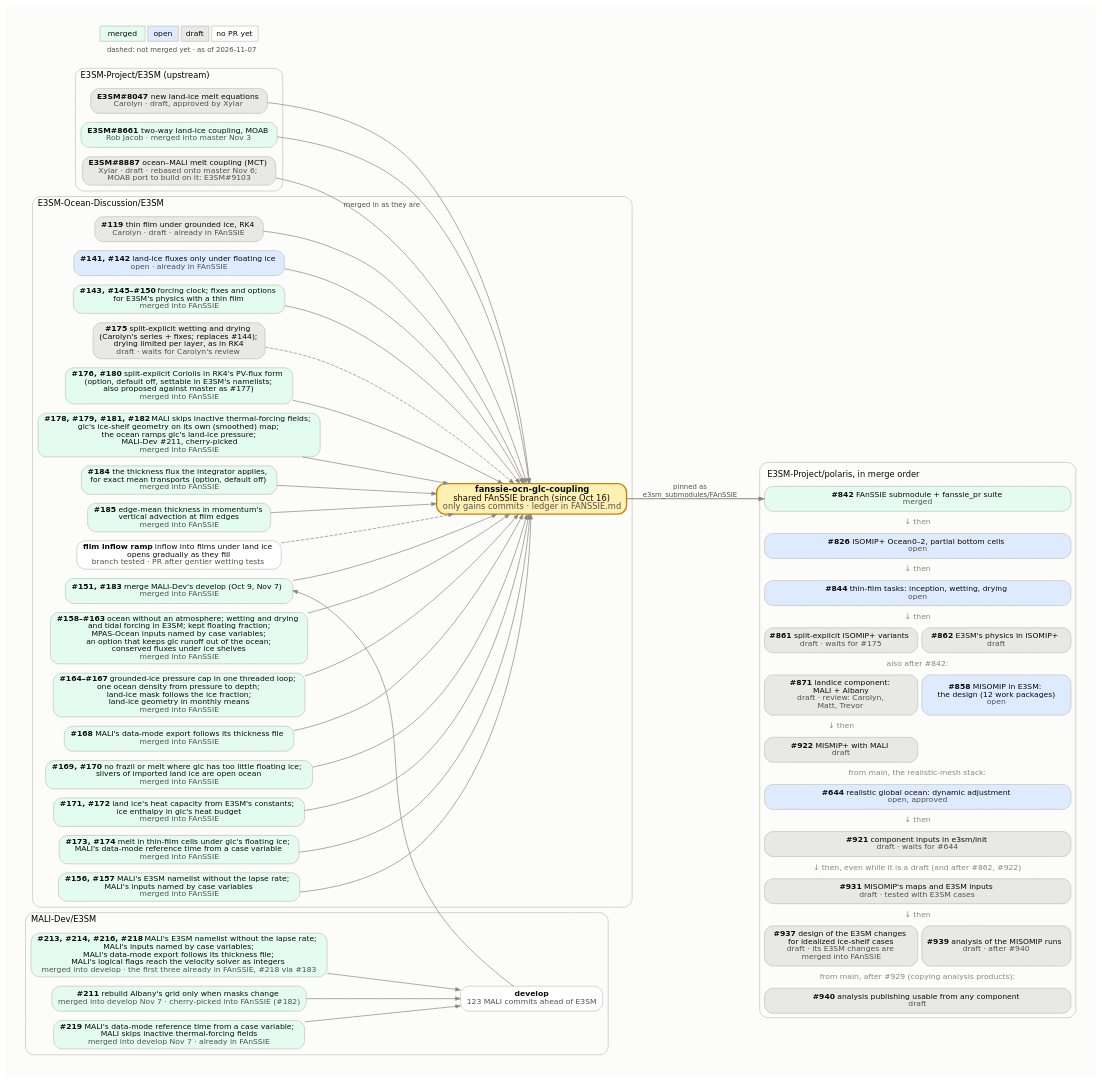
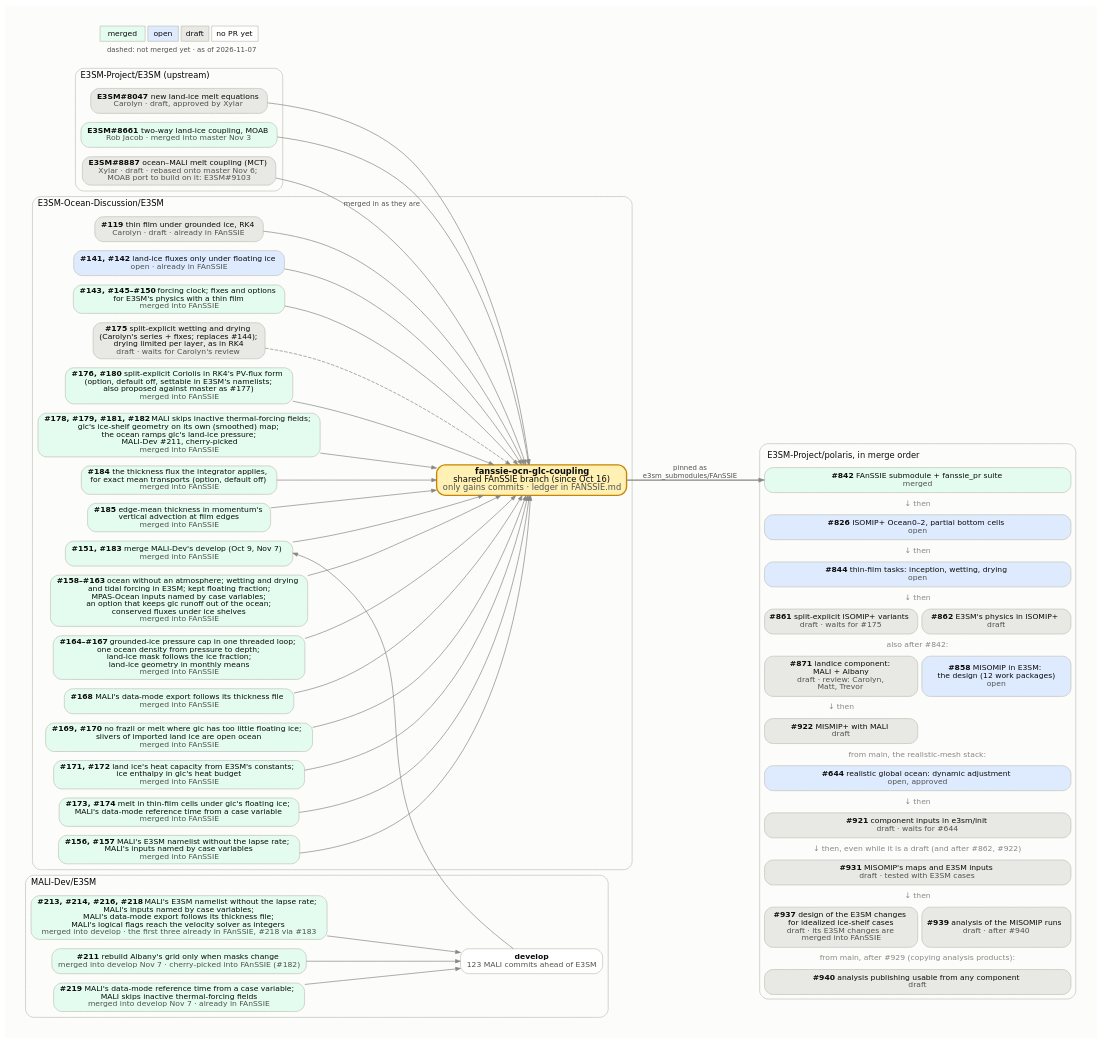
The diagram in docs/design_docs/misomip/code_flow.dot (E3SM-Project/polaris), drawn with Graphviz before and after one commit. The commit also changed 3 other files, not shown here.

```diff
--- a/docs/design_docs/misomip/code_flow.dot
+++ b/docs/design_docs/misomip/code_flow.dot
@@ -1,127 +1,125 @@
 // How the upstream E3SM PRs, the E3SM-Ocean-Discussion PRs, the
 // fanssie-ocn-glc-coupling branch and the Polaris PRs fit together.
 //
 // Regenerate with Graphviz 14 (Chrysalis's /usr/bin/dot 2.40 lays it out
 // wider), with the text drawn as paths so it looks the same everywhere:
 //
 //     pixi exec -s graphviz dot -Tsvg:cairo code_flow.dot -o code_flow.svg
 //
 // Fill by state: merged #e3fcef, open #deebff, draft #e8e8e4, no PR yet
 // #ffffff. Dashed edges into the FAnSSIE branch mark PRs not merged into it
 // yet. The Polaris side is one HTML-table node, in merge order, because
 // Graphviz would not keep separate boxes in that order. Update the date in
 // the legend.
 digraph fanssie {
   rankdir=LR;
   bgcolor="#fcfcfb";
   pad=0.3;
   nodesep=0.18;
   ranksep=0.7;
   fontname="DejaVu Sans";
   node [shape=box, style="rounded,filled", fontname="DejaVu Sans",
         fontsize=11, color="#c3c2b7", fontcolor="#0b0b0b", penwidth=1,
         margin="0.12,0.06"];
   edge [color="#898781", arrowsize=0.7, fontname="DejaVu Sans",
         fontsize=10, fontcolor="#52514e"];
 
   subgraph cluster_upstream {
     label="E3SM-Project/E3SM (upstream)";
     labeljust=l; fontsize=12; color="#c3c2b7"; style="rounded";
     e8047 [label=<<b>E3SM#8047</b>  new land-ice melt equations<br/><font color="#52514e">Carolyn · draft, approved by Xylar</font>>, fillcolor="#e8e8e4"];
     e8661 [label=<<b>E3SM#8661</b>  two-way land-ice coupling, MOAB<br/><font color="#52514e">Rob Jacob · merged into master Nov 3</font>>, fillcolor="#e3fcef"];
     e8887 [label=<<b>E3SM#8887</b>  ocean–MALI melt coupling (MCT)<br/><font color="#52514e">Xylar · draft · rebased onto master Nov 6;<br/>MOAB port to build on it: E3SM#9103</font>>, fillcolor="#e8e8e4"];
   }
 
   subgraph cluster_malidev {
     label="MALI-Dev/E3SM";
     labeljust=l; fontsize=12; color="#c3c2b7"; style="rounded";
     malidev [label=<<b>develop</b><br/><font color="#52514e">123 MALI commits ahead of E3SM</font>>, fillcolor="#ffffff"];
     m213 [label=<<b>#213, #214, #216, #218</b>  MALI's E3SM namelist without the lapse rate;<br/>MALI's inputs named by case variables;<br/>MALI's data-mode export follows its thickness file;<br/>MALI's logical flags reach the velocity solver as integers<br/><font color="#52514e">merged into develop · the first three already in FAnSSIE, #218 via #183</font>>, fillcolor="#e3fcef"];
     m211 [label=<<b>#211</b>  rebuild Albany's grid only when masks change<br/><font color="#52514e">merged into develop Nov 7 · cherry-picked into FAnSSIE (#182)</font>>, fillcolor="#e3fcef"];
     m219 [label=<<b>#219</b>  MALI's data-mode reference time from a case variable;<br/>MALI skips inactive thermal-forcing fields<br/><font color="#52514e">merged into develop Nov 7 · already in FAnSSIE</font>>, fillcolor="#e3fcef"];
   }
 
   subgraph cluster_eod {
     label="E3SM-Ocean-Discussion/E3SM";
     labeljust=l; fontsize=12; color="#c3c2b7"; style="rounded";
     d119 [label=<<b>#119</b>  thin film under grounded ice, RK4<br/><font color="#52514e">Carolyn · draft · already in FAnSSIE</font>>, fillcolor="#e8e8e4"];
     d141 [label=<<b>#141, #142</b>  land-ice fluxes only under floating ice<br/><font color="#52514e">open · already in FAnSSIE</font>>, fillcolor="#deebff"];
     d143 [label=<<b>#143, #145–#150</b>  forcing clock; fixes and options<br/>for E3SM's physics with a thin film<br/><font color="#52514e">merged into FAnSSIE</font>>, fillcolor="#e3fcef"];
     d175 [label=<<b>#175</b>  split-explicit wetting and drying<br/>(Carolyn's series + fixes; replaces #144);<br/>drying limited per layer, as in RK4<br/><font color="#52514e">draft · waits for Carolyn's review</font>>, fillcolor="#e8e8e4"];
     d176 [label=<<b>#176, #180</b>  split-explicit Coriolis in RK4's PV-flux form<br/>(option, default off, settable in E3SM's namelists;<br/>also proposed against master as #177)<br/><font color="#52514e">merged into FAnSSIE</font>>, fillcolor="#e3fcef"];
     d178 [label=<<b>#178, #179, #181, #182</b>  MALI skips inactive thermal-forcing fields;<br/>glc's ice-shelf geometry on its own (smoothed) map;<br/>the ocean ramps glc's land-ice pressure;<br/>MALI-Dev #211, cherry-picked<br/><font color="#52514e">merged into FAnSSIE</font>>, fillcolor="#e3fcef"];
     d184 [label=<<b>#184</b>  the thickness flux the integrator applies,<br/>for exact mean transports (option, default off)<br/><font color="#52514e">merged into FAnSSIE</font>>, fillcolor="#e3fcef"];
     dvadv [label=<<b>#185</b>  edge-mean thickness in momentum's<br/>vertical advection at film edges<br/><font color="#52514e">merged into FAnSSIE</font>>, fillcolor="#e3fcef"];
-    dramp [label=<<b>film inflow ramp</b>  inflow into films under land ice<br/>opens gradually as they fill<br/><font color="#52514e">branch tested · PR after gentler wetting tests</font>>, fillcolor="#ffffff"];
     d151 [label=<<b>#151, #183</b>  merge MALI-Dev's develop (Oct 9, Nov 7)<br/><font color="#52514e">merged into FAnSSIE</font>>, fillcolor="#e3fcef"];
     d158 [label=<<b>#158–#163</b>  ocean without an atmosphere; wetting and drying<br/>and tidal forcing in E3SM; kept floating fraction;<br/>MPAS-Ocean inputs named by case variables;<br/>an option that keeps glc runoff out of the ocean;<br/>conserved fluxes under ice shelves<br/><font color="#52514e">merged into FAnSSIE</font>>, fillcolor="#e3fcef"];
     d164 [label=<<b>#164–#167</b>  grounded-ice pressure cap in one threaded loop;<br/>one ocean density from pressure to depth;<br/>land-ice mask follows the ice fraction;<br/>land-ice geometry in monthly means<br/><font color="#52514e">merged into FAnSSIE</font>>, fillcolor="#e3fcef"];
     d168 [label=<<b>#168</b>  MALI's data-mode export follows its thickness file<br/><font color="#52514e">merged into FAnSSIE</font>>, fillcolor="#e3fcef"];
     d169 [label=<<b>#169, #170</b>  no frazil or melt where glc has too little floating ice;<br/>slivers of imported land ice are open ocean<br/><font color="#52514e">merged into FAnSSIE</font>>, fillcolor="#e3fcef"];
     d171 [label=<<b>#171, #172</b>  land ice's heat capacity from E3SM's constants;<br/>ice enthalpy in glc's heat budget<br/><font color="#52514e">merged into FAnSSIE</font>>, fillcolor="#e3fcef"];
     d173 [label=<<b>#173, #174</b>  melt in thin-film cells under glc's floating ice;<br/>MALI's data-mode reference time from a case variable<br/><font color="#52514e">merged into FAnSSIE</font>>, fillcolor="#e3fcef"];
     d156 [label=<<b>#156, #157</b>  MALI's E3SM namelist without the lapse rate;<br/>MALI's inputs named by case variables<br/><font color="#52514e">merged into FAnSSIE</font>>, fillcolor="#e3fcef"];
     fanssie [label=<<b>fanssie-ocn-glc-coupling</b><br/>shared FAnSSIE branch (since Oct 16)<br/><font color="#52514e">only gains commits · ledger in FANSSIE.md</font>>,
              fillcolor="#fff0b3", penwidth=2, color="#c98500", fontsize=12];
   }
 
   polaris [shape=plaintext, style="", label=<
     <table border="1" color="#c3c2b7" style="rounded" cellborder="1" cellspacing="6" cellpadding="4" bgcolor="#fcfcfb">
       <tr><td border="0" colspan="2" align="left"><font point-size="12">E3SM-Project/polaris, in merge order</font></td></tr>
       <tr><td port="p842" bgcolor="#e3fcef" colspan="2" style="rounded" cellpadding="6"><b>#842</b>  FAnSSIE submodule + fanssie_pr suite<br/><font color="#52514e">merged</font></td></tr>
       <tr><td border="0" colspan="2"><font color="#898781">↓ then</font></td></tr>
       <tr><td port="p826" bgcolor="#deebff" colspan="2" style="rounded" cellpadding="6"><b>#826</b>  ISOMIP+ Ocean0–2, partial bottom cells<br/><font color="#52514e">open</font></td></tr>
       <tr><td border="0" colspan="2"><font color="#898781">↓ then</font></td></tr>
       <tr><td port="p844" bgcolor="#deebff" colspan="2" style="rounded" cellpadding="6"><b>#844</b>  thin-film tasks: inception, wetting, drying<br/><font color="#52514e">open</font></td></tr>
       <tr><td border="0" colspan="2"><font color="#898781">↓ then</font></td></tr>
       <tr><td port="p861" bgcolor="#e8e8e4" colspan="1" style="rounded" cellpadding="6"><b>#861</b>  split-explicit ISOMIP+ variants<br/><font color="#52514e">draft · waits for #175</font></td><td port="p862" bgcolor="#e8e8e4" colspan="1" style="rounded" cellpadding="6"><b>#862</b>  E3SM's physics in ISOMIP+<br/><font color="#52514e">draft</font></td></tr>
       <tr><td border="0" colspan="2"><font color="#898781">also after #842:</font></td></tr>
       <tr><td port="p871" bgcolor="#e8e8e4" colspan="1" style="rounded" cellpadding="6"><b>#871</b>  landice component:<br/>MALI + Albany<br/><font color="#52514e">draft · review: Carolyn,<br/>Matt, Trevor</font></td><td port="p858" bgcolor="#deebff" colspan="1" style="rounded" cellpadding="6"><b>#858</b>  MISOMIP in E3SM:<br/>the design (12 work packages)<br/><font color="#52514e">open</font></td></tr>
       <tr><td border="0" colspan="1"><font color="#898781">↓ then</font></td><td border="0" colspan="1"></td></tr>
       <tr><td port="p922" bgcolor="#e8e8e4" colspan="1" style="rounded" cellpadding="6"><b>#922</b>  MISMIP+ with MALI<br/><font color="#52514e">draft</font></td><td border="0" colspan="1"></td></tr>
       <tr><td border="0" colspan="2"><font color="#898781">from main, the realistic-mesh stack:</font></td></tr>
       <tr><td port="p644" bgcolor="#deebff" colspan="2" style="rounded" cellpadding="6"><b>#644</b>  realistic global ocean: dynamic adjustment<br/><font color="#52514e">open, approved</font></td></tr>
       <tr><td border="0" colspan="2"><font color="#898781">↓ then</font></td></tr>
       <tr><td port="p921" bgcolor="#e8e8e4" colspan="2" style="rounded" cellpadding="6"><b>#921</b>  component inputs in e3sm/init<br/><font color="#52514e">draft · waits for #644</font></td></tr>
       <tr><td border="0" colspan="2"><font color="#898781">↓ then, even while it is a draft (and after #862, #922)</font></td></tr>
       <tr><td port="pwp56" bgcolor="#e8e8e4" colspan="2" style="rounded" cellpadding="6"><b>#931</b>  MISOMIP's maps and E3SM inputs<br/><font color="#52514e">draft · tested with E3SM cases</font></td></tr>
       <tr><td border="0" colspan="2"><font color="#898781">↓ then</font></td></tr>
       <tr><td port="pwp7" bgcolor="#e8e8e4" colspan="1" style="rounded" cellpadding="6"><b>#937</b>  design of the E3SM changes<br/>for idealized ice-shelf cases<br/><font color="#52514e">draft · its E3SM changes are<br/>merged into FAnSSIE</font></td><td port="pwp9" bgcolor="#e8e8e4" colspan="1" style="rounded" cellpadding="6"><b>#939</b>  analysis of the MISOMIP runs<br/><font color="#52514e">draft · after #940</font></td></tr>
       <tr><td border="0" colspan="2"><font color="#898781">from main, after #929 (copying analysis products):</font></td></tr>
       <tr><td port="p940" bgcolor="#e8e8e4" colspan="2" style="rounded" cellpadding="6"><b>#940</b>  analysis publishing usable from any component<br/><font color="#52514e">draft</font></td></tr>
     </table>>];
 
   e8047 -> fanssie;
   e8661 -> fanssie;
   e8887 -> fanssie [label="merged in as they are"];
   d119 -> fanssie;
   d141 -> fanssie;
   d143 -> fanssie;
   d175 -> fanssie [style=dashed];
   m211 -> malidev;
   m213 -> malidev;
   m219 -> malidev;
   d156 -> fanssie;
   d158 -> fanssie;
   d164 -> fanssie;
   d168 -> fanssie;
   d169 -> fanssie;
   d171 -> fanssie;
   d173 -> fanssie;
   d176 -> fanssie;
   d178 -> fanssie;
   d184 -> fanssie;
   dvadv -> fanssie;
-  dramp -> fanssie [style=dashed];
   malidev -> d151 [constraint=false];
   d151 -> fanssie;
 
   fanssie -> polaris:p842 [label="pinned as
 e3sm_submodules/FAnSSIE", penwidth=1.5];
 
   legend [shape=plaintext, style="", label=<
     <table border="0" cellborder="1" cellspacing="4" cellpadding="4" color="#c3c2b7">
       <tr><td bgcolor="#e3fcef">merged</td><td bgcolor="#deebff">open</td><td bgcolor="#e8e8e4">draft</td><td bgcolor="#ffffff">no PR yet</td></tr>
       <tr><td colspan="4" border="0"><font point-size="10" color="#52514e">dashed: not merged yet · as of 2026-11-07</font></td></tr>
     </table>>];
 }
```
